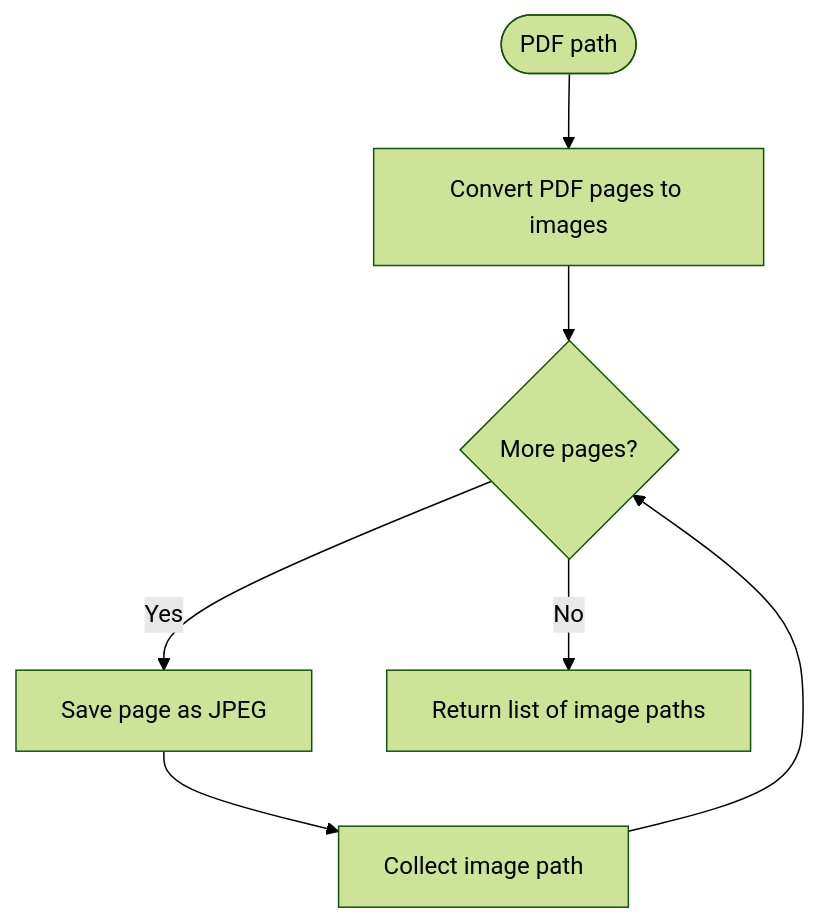
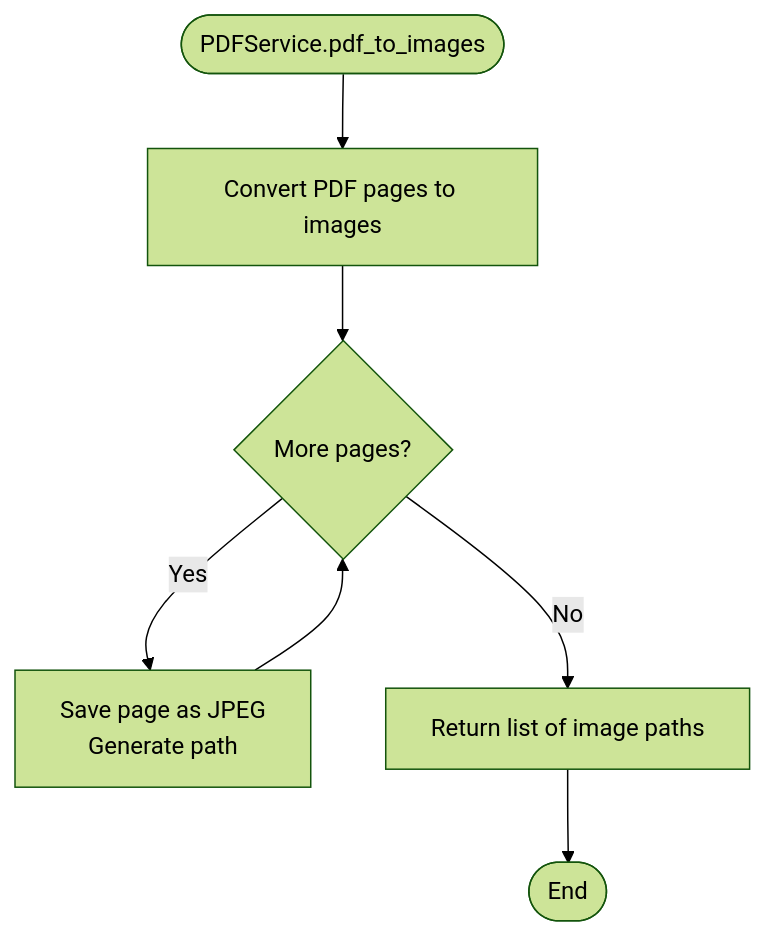
One commit to HamzaHindo/veritasshield changed the fifth of 8 diagrams in backend/.qoder/repowiki/en/content/Text Extraction Engine/OCR Service Implementation.md. Above: the diagram before and after it, drawn with Mermaid (forest theme). The commit also changed other lines of this file and 49 other files, not shown here.

````diff
--- a/backend/.qoder/repowiki/en/content/Text Extraction Engine/OCR Service Implementation.md
+++ b/backend/.qoder/repowiki/en/content/Text Extraction Engine/OCR Service Implementation.md
@@ -177,9 +193,9 @@
 ```mermaid
 flowchart TD
-Start(["PDF path"]) --> Convert["Convert PDF pages to images"]
+Start(["PDFService.pdf_to_images"]) --> Convert["Convert PDF pages to images"]
 Convert --> Loop{"More pages?"}
-Loop --> |Yes| Save["Save page as JPEG"]
-Save --> Collect["Collect image path"]
-Collect --> Loop
-Loop --> |No| Return["Return list of image paths"]
+Loop --> |Yes| Save["Save page as JPEG<br/>Generate path"]
+Save --> Loop
+Loop --> |No| ReturnPaths["Return list of image paths"]
+ReturnPaths --> End(["End"])
 ```
````
